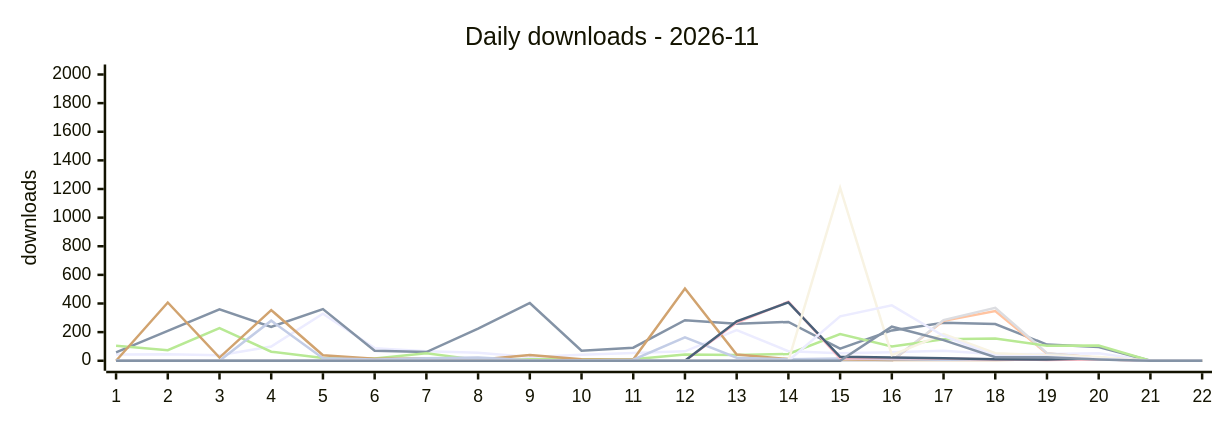
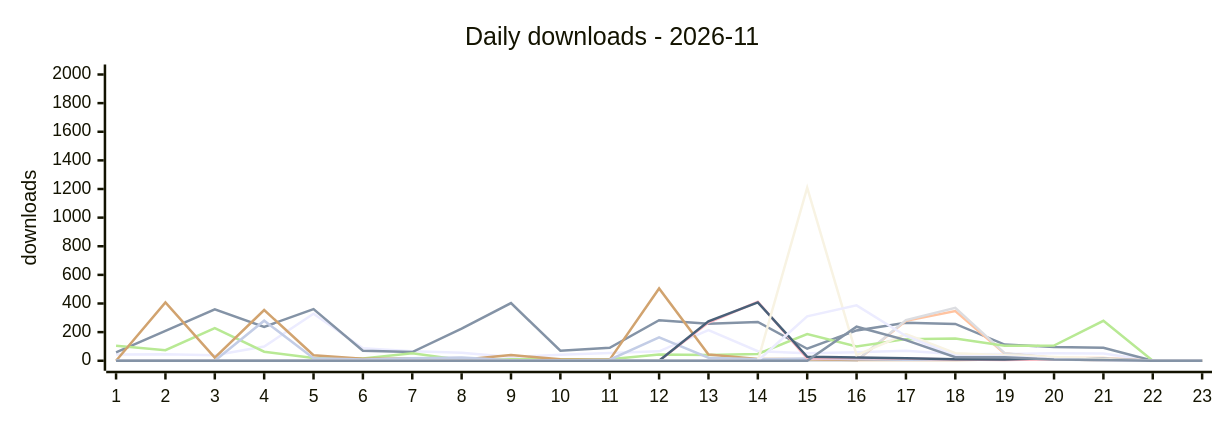
One commit to terry2010/npm-downloads-tracker changed the first of 2 diagrams in DASHBOARD.md. Above: the diagram before and after it, drawn with Mermaid. The commit also changed other lines of this file and 1 other file, not shown here.

````diff
--- a/DASHBOARD.md
+++ b/DASHBOARD.md
@@ -43,19 +43,19 @@
 ```mermaid
 %%{init: {'xyChart': {'width': 960, 'height': 320}}}%%
 xychart-beta
     title "Daily downloads - 2026-11"
-    x-axis ["1", "2", "3", "4", "5", "6", "7", "8", "9", "10", "11", "12", "13", "14", "15", "16", "17", "18", "19", "20", "21", "22"]
+    x-axis ["1", "2", "3", "4", "5", "6", "7", "8", "9", "10", "11", "12", "13", "14", "15", "16", "17", "18", "19", "20", "21", "22", "23"]
     y-axis "downloads" 0 --> 2000
-    line "dsh-loop-recover" [43, 46, 39, 99, 329, 88, 66, 56, 27, 42, 54, 66, 214, 67, 53, 59, 69, 46, 48, 53, 0, 0]
-    line "dsh-rss-news-daily" [58, 209, 359, 237, 361, 70, 61, 224, 403, 70, 91, 283, 258, 271, 84, 212, 266, 257, 113, 96, 0, 0]
-    line "dsh-rss-news-flash-kuaixun" [0, 0, 0, 0, 0, 0, 0, 0, 0, 0, 0, 0, 0, 0, 0, 0, 279, 347, 50, 21, 0, 0]
-    line "dsh-rss-news-browser-fetch" [0, 0, 0, 0, 0, 0, 0, 0, 0, 0, 0, 0, 0, 0, 0, 0, 284, 370, 53, 20, 0, 0]
-    line "opencode-loop-recover" [105, 74, 228, 63, 19, 16, 52, 6, 10, 11, 10, 43, 41, 47, 187, 100, 151, 155, 105, 106, 0, 0]
-    line "oc-market-quail-zephyr-72a0" [0, 407, 22, 354, 39, 14, 15, 7, 40, 10, 8, 505, 43, 12, 11, 6, 5, 5, 9, 10, 0, 0]
-    line "awesome-opencode-market" [0, 0, 0, 280, 17, 9, 17, 22, 4, 1, 7, 164, 21, 10, 15, 10, 7, 8, 11, 9, 0, 0]
-    line "surfbird" [0, 0, 0, 0, 0, 0, 0, 0, 0, 0, 0, 0, 267, 412, 16, 19, 15, 8, 6, 10, 0, 0]
-    line "surfbird-mcp" [0, 0, 0, 0, 0, 0, 0, 0, 0, 0, 0, 0, 276, 408, 28, 23, 18, 10, 9, 18, 0, 0]
-    line "dsh-control-surfbird-for-kitesurf" [0, 0, 0, 0, 0, 0, 0, 0, 0, 0, 0, 0, 0, 0, 1209, 39, 186, 53, 38, 27, 0, 0]
-    line "opencode-control-surfbird-for-kitesurf" [0, 0, 0, 0, 0, 0, 0, 0, 0, 0, 0, 0, 0, 0, 310, 387, 173, 34, 30, 13, 0, 0]
-    line "pi-control-surfbird-for-kitesurf" [0, 0, 0, 0, 0, 0, 0, 0, 0, 0, 0, 0, 0, 0, 0, 238, 144, 25, 24, 9, 0, 0]
+    line "dsh-loop-recover" [43, 46, 39, 99, 329, 88, 66, 56, 27, 42, 54, 66, 214, 67, 53, 59, 69, 46, 48, 53, 51, 0, 0]
+    line "dsh-rss-news-daily" [58, 209, 359, 237, 361, 70, 61, 224, 403, 70, 91, 283, 258, 271, 84, 212, 266, 257, 113, 96, 91, 0, 0]
+    line "dsh-rss-news-flash-kuaixun" [0, 0, 0, 0, 0, 0, 0, 0, 0, 0, 0, 0, 0, 0, 0, 0, 279, 347, 50, 21, 19, 0, 0]
+    line "dsh-rss-news-browser-fetch" [0, 0, 0, 0, 0, 0, 0, 0, 0, 0, 0, 0, 0, 0, 0, 0, 284, 370, 53, 20, 17, 0, 0]
+    line "opencode-loop-recover" [105, 74, 228, 63, 19, 16, 52, 6, 10, 11, 10, 43, 41, 47, 187, 100, 151, 155, 105, 106, 279, 0, 0]
+    line "oc-market-quail-zephyr-72a0" [0, 407, 22, 354, 39, 14, 15, 7, 40, 10, 8, 505, 43, 12, 11, 6, 5, 5, 9, 10, 3, 0, 0]
+    line "awesome-opencode-market" [0, 0, 0, 280, 17, 9, 17, 22, 4, 1, 7, 164, 21, 10, 15, 10, 7, 8, 11, 9, 3, 0, 0]
+    line "surfbird" [0, 0, 0, 0, 0, 0, 0, 0, 0, 0, 0, 0, 267, 412, 16, 19, 15, 8, 6, 10, 11, 0, 0]
+    line "surfbird-mcp" [0, 0, 0, 0, 0, 0, 0, 0, 0, 0, 0, 0, 276, 408, 28, 23, 18, 10, 9, 18, 13, 0, 0]
+    line "dsh-control-surfbird-for-kitesurf" [0, 0, 0, 0, 0, 0, 0, 0, 0, 0, 0, 0, 0, 0, 1209, 39, 186, 53, 38, 27, 13, 0, 0]
+    line "opencode-control-surfbird-for-kitesurf" [0, 0, 0, 0, 0, 0, 0, 0, 0, 0, 0, 0, 0, 0, 310, 387, 173, 34, 30, 13, 4, 0, 0]
+    line "pi-control-surfbird-for-kitesurf" [0, 0, 0, 0, 0, 0, 0, 0, 0, 0, 0, 0, 0, 0, 0, 238, 144, 25, 24, 9, 5, 0, 0]
 ```
````
